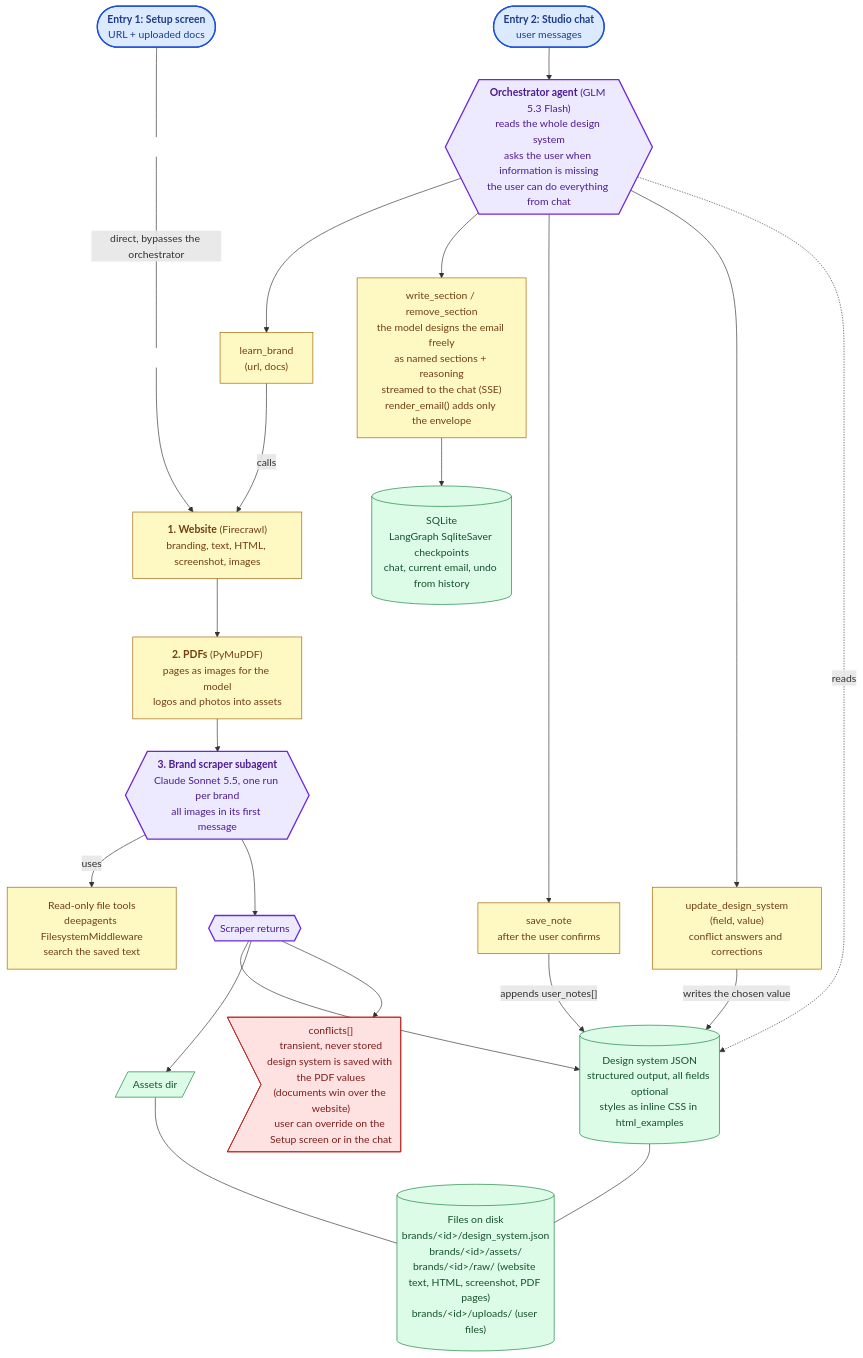
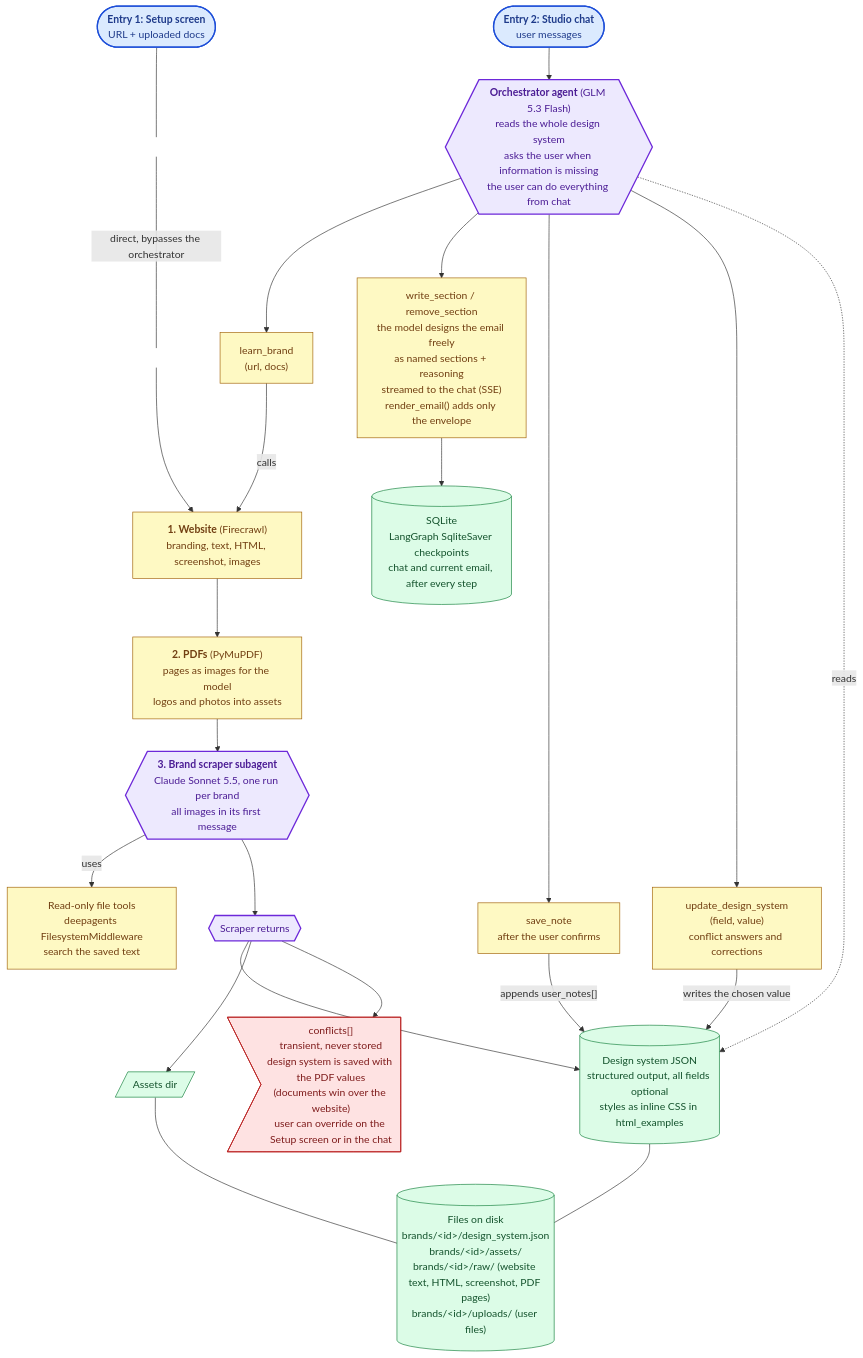
One commit to fed3c3sa/textyess-email-agent changed the diagram in README.md. Above: the diagram before and after it, drawn with Mermaid. The commit also changed other lines of this file, not shown here.

````diff
--- a/README.md
+++ b/README.md
@@ -8,67 +114,67 @@
 ```mermaid
 flowchart TB
     SETUPUI(["<b>Entry 1: Setup screen</b><br/>URL + uploaded docs"])
     CHAT(["<b>Entry 2: Studio chat</b><br/>user messages"])
 
     SCRAPER{{"<b>3. Brand scraper subagent</b><br/>Claude Sonnet 5.5, one run per brand<br/>all images in its first message"}}
     ORCH{{"<b>Orchestrator agent</b> (GLM 5.3 Flash)<br/>reads the whole design system<br/>asks the user when information is missing<br/>the user can do everything from chat"}}
 
     FSMW["Read-only file tools<br/>deepagents FilesystemMiddleware<br/>search the saved text"]
     WEB["<b>1. Website</b> (Firecrawl)<br/>branding, text, HTML, screenshot, images"]
     PDF["<b>2. PDFs</b> (PyMuPDF)<br/>pages as images for the model<br/>logos and photos into assets"]
 
     LEARN["learn_brand<br/>(url, docs)"]
     SECT["write_section / remove_section<br/>the model designs the email freely<br/>as named sections + reasoning<br/>streamed to the chat (SSE)<br/>render_email() adds only the envelope"]
     NOTE["save_note<br/>after the user confirms"]
     UPDATE["update_design_system<br/>(field, value)<br/>conflict answers and corrections"]
 
     RET{{"Scraper returns"}}
     DS[("Design system JSON<br/>structured output, all fields optional<br/>styles as inline CSS in html_examples")]
     ASSETS[/"Assets dir"/]
     CONF>"conflicts[]<br/>transient, never stored<br/>design system is saved with the PDF values<br/>(documents win over the website)<br/>user can override on the Setup screen or in the chat"]
 
-    STORE[("SQLite<br/>LangGraph SqliteSaver checkpoints<br/>chat, current email, undo from history")]
+    STORE[("SQLite<br/>LangGraph SqliteSaver checkpoints<br/>chat and current email, after every step")]
     FILES[("Files on disk<br/>brands/&lt;id&gt;/design_system.json<br/>brands/&lt;id&gt;/assets/<br/>brands/&lt;id&gt;/raw/ (website text, HTML, screenshot, PDF pages)<br/>brands/&lt;id&gt;/uploads/ (user files)")]
 
     SP1[" "]
     SP2[" "]
     SETUPUI --- SP1
     SP1 -- "direct, bypasses the orchestrator" --- SP2
     SP2 --> WEB
     CHAT --> ORCH
 
     ORCH --> LEARN
     ORCH --> SECT
     ORCH --> NOTE
     ORCH --> UPDATE
     LEARN -- "calls" --> WEB
 
     WEB --> PDF
     PDF --> SCRAPER
     SCRAPER -- "uses" --> FSMW
     SCRAPER --> RET
 
     RET --> DS
     RET --> ASSETS
     RET --> CONF
 
     NOTE -- "appends user_notes[]" --> DS
     UPDATE -- "writes the chosen value" --> DS
     ORCH -. "reads" .-> DS
     SECT --> STORE
     DS --- FILES
     ASSETS --- FILES
 
     classDef hidden fill:none,stroke:none,color:none
     classDef entry fill:#dbeafe,stroke:#1d4ed8,stroke-width:2px,color:#1e3a8a
     classDef agent fill:#ede9fe,stroke:#6d28d9,stroke-width:2px,color:#4c1d95
     classDef tool fill:#fef9c3,stroke:#a16207,color:#713f12
     classDef data fill:#dcfce7,stroke:#15803d,color:#14532d
     classDef warn fill:#fee2e2,stroke:#b91c1c,color:#7f1d1d
     class SETUPUI,CHAT entry
     class ORCH,SCRAPER,RET agent
     class LEARN,SECT,NOTE,UPDATE,FSMW,WEB,PDF tool
     class DS,ASSETS,STORE,FILES data
     class CONF warn
     class SP1,SP2 hidden
 ```
````
